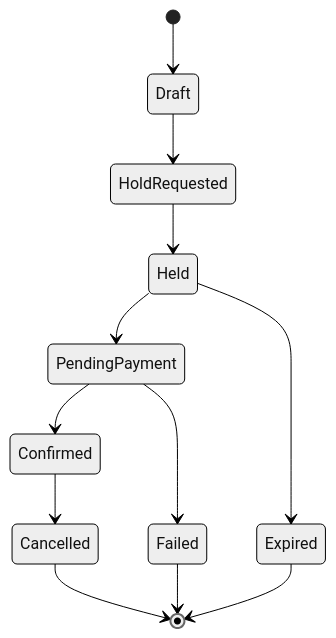
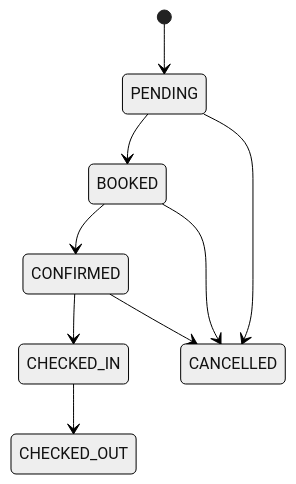
Before and after one commit to hamdanahmadkhan101-tech/khan-familia-platform: the first of 4 diagrams in docs/domain/booking-lifecycle.md, drawn with Mermaid (neutral theme). The commit also changed other lines of this file and 10 other files, not shown here.

Commit message:
docs: sync domain/database docs to current Prisma schema

````diff
--- a/docs/domain/booking-lifecycle.md
+++ b/docs/domain/booking-lifecycle.md
@@ -27,14 +25,11 @@
 ```mermaid
 stateDiagram-v2
-  [*] --> Draft
-  Draft --> HoldRequested
-  HoldRequested --> Held
-  Held --> PendingPayment
-  PendingPayment --> Confirmed
-  PendingPayment --> Failed
-  Held --> Expired
-  Confirmed --> Cancelled
-  Failed --> [*]
-  Expired --> [*]
-  Cancelled --> [*]
+  [*] --> PENDING
+  PENDING --> BOOKED
+  BOOKED --> CONFIRMED
+  CONFIRMED --> CHECKED_IN
+  CHECKED_IN --> CHECKED_OUT
+  PENDING --> CANCELLED
+  BOOKED --> CANCELLED
+  CONFIRMED --> CANCELLED
 ```
````
